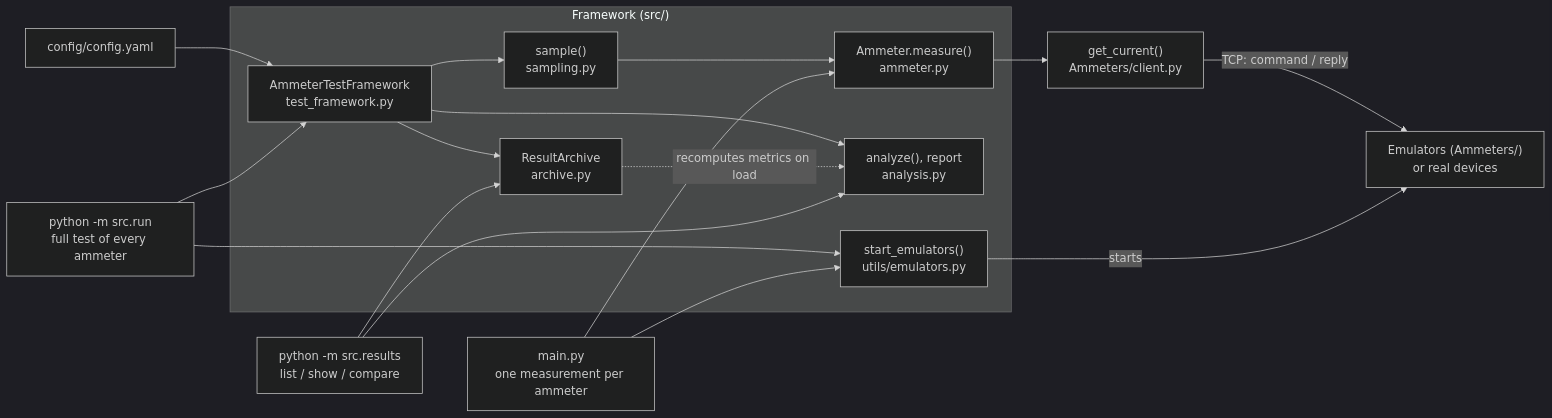
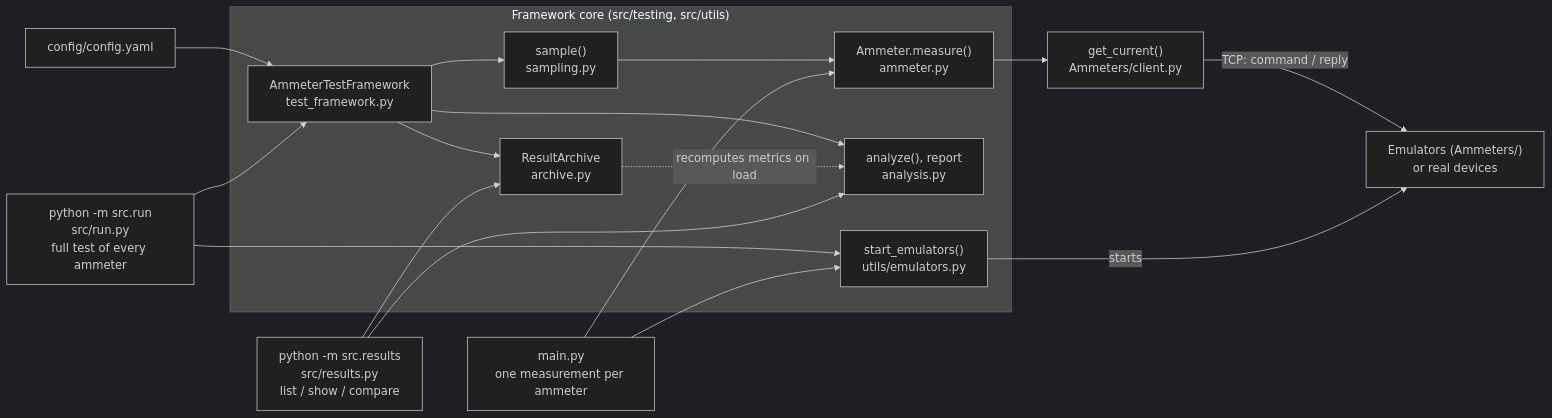
Before and after one commit to demuch/awesome-ammeter-test-framework: the diagram in DESIGN.md, drawn with Mermaid (dark theme). The commit also changed other lines of this file and 1 other file, not shown here.

Commit message:
Docs: explain --config; label the diagram's core and entry points precisely
- README: what --config is for and how its path is resolved
- DESIGN.md: the box is the framework core (src/testing, src/utils); the
  command-line programs are entry points with their files named;
  examples/run_tests.py is not drawn because it calls nothing

````diff
--- a/DESIGN.md
+++ b/DESIGN.md
@@ -8,32 +8,32 @@
 ```mermaid
 flowchart LR
     MAIN["main.py<br>one measurement per ammeter"]
-    RT["python -m src.run<br>full test of every ammeter"]
-    CLI["python -m src.results<br>list / show / compare"]
+    RT["python -m src.run<br>src/run.py<br>full test of every ammeter"]
+    CLI["python -m src.results<br>src/results.py<br>list / show / compare"]
     CFG["config/config.yaml"]
 
-    subgraph framework["Framework (src/)"]
+    subgraph framework["Framework core (src/testing, src/utils)"]
         FW["AmmeterTestFramework<br>test_framework.py"]
         SA["sample()<br>sampling.py"]
         API["Ammeter.measure()<br>ammeter.py"]
         AN["analyze(), report<br>analysis.py"]
         AR["ResultArchive<br>archive.py"]
         EM["start_emulators()<br>utils/emulators.py"]
         FW --> SA --> API
         FW --> AN
         FW --> AR
         AR -. recomputes metrics on load .-> AN
     end
 
     CFG --> FW
     RT --> FW
     RT --> EM
     MAIN --> EM
     MAIN --> API
     CLI --> AR
     CLI --> AN
 
     API --> CL["get_current()<br>Ammeters/client.py"]
     CL -- "TCP: command / reply" --> DEV["Emulators (Ammeters/)<br>or real devices"]
     EM -- "starts" --> DEV
 ```
````
